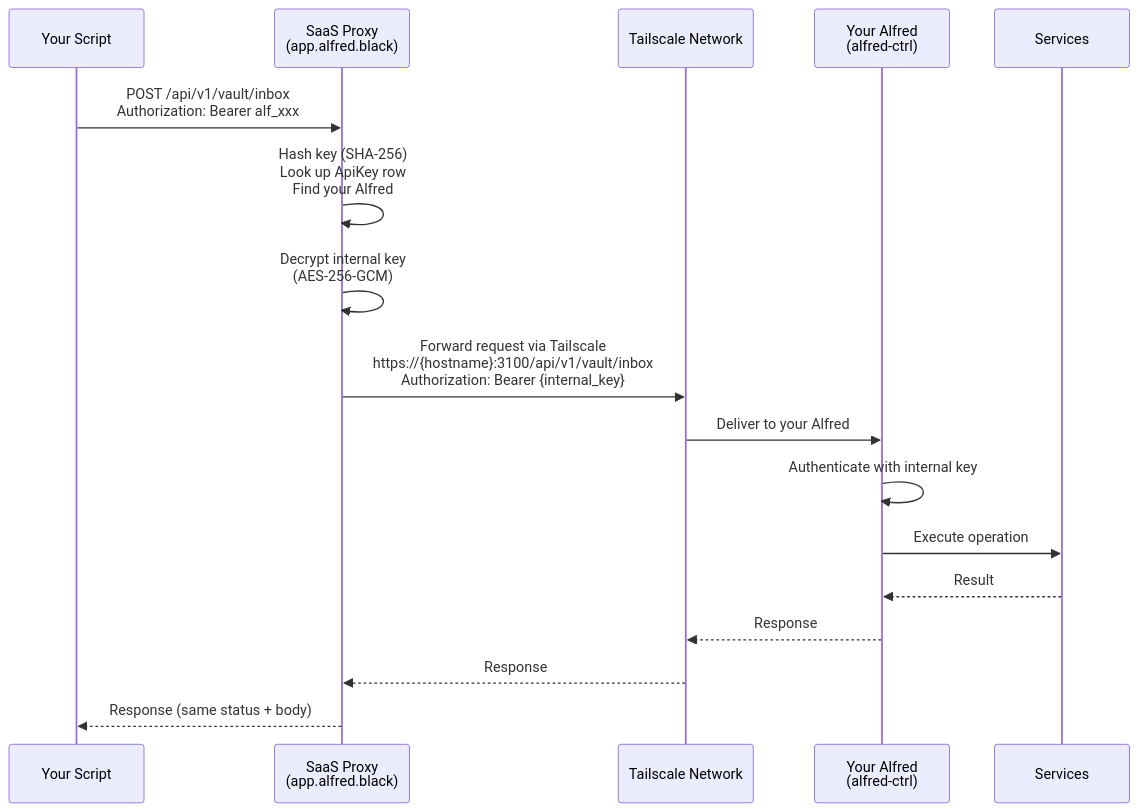
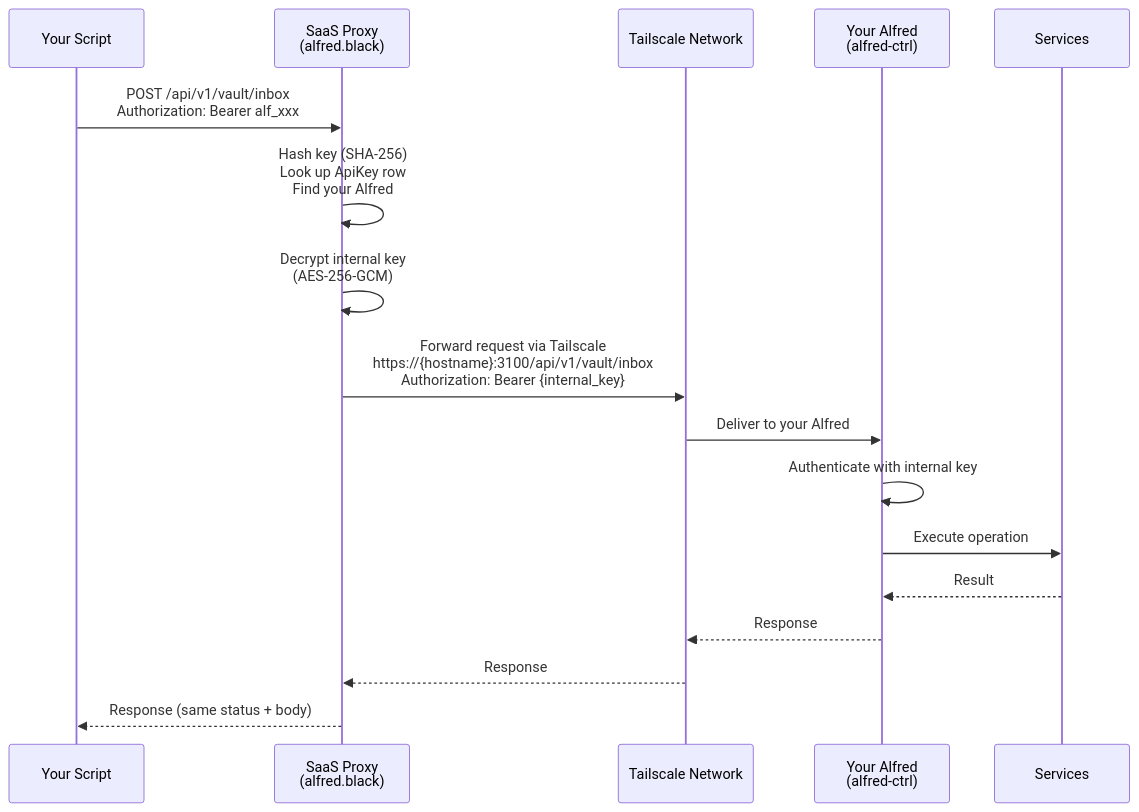
The diagram in guides/how-the-api-works.mdx (ssdavidai/alfred-documentation), drawn with Mermaid before and after one commit. The commit also changed other lines of this file and 22 other files, not shown here.

````diff
--- a/guides/how-the-api-works.mdx
+++ b/guides/how-the-api-works.mdx
@@ -13,20 +13,20 @@
 ```mermaid
 sequenceDiagram
     participant Script as Your Script
-    participant SaaS as SaaS Proxy<br/>(app.alfred.black)
+    participant SaaS as SaaS Proxy<br/>(alfred.black)
     participant TS as Tailscale Network
     participant Tenant as Your Alfred<br/>(alfred-ctrl)
     participant Docker as Services
 
     Script->>SaaS: POST /api/v1/vault/inbox<br/>Authorization: Bearer alf_xxx
     SaaS->>SaaS: Hash key (SHA-256)<br/>Look up ApiKey row<br/>Find your Alfred
     SaaS->>SaaS: Decrypt internal key<br/>(AES-256-GCM)
     SaaS->>TS: Forward request via Tailscale<br/>https://{hostname}:3100/api/v1/vault/inbox<br/>Authorization: Bearer {internal_key}
     TS->>Tenant: Deliver to your Alfred
     Tenant->>Tenant: Authenticate with internal key
     Tenant->>Docker: Execute operation
     Docker-->>Tenant: Result
     Tenant-->>TS: Response
     TS-->>SaaS: Response
     SaaS-->>Script: Response (same status + body)
 ```
````
